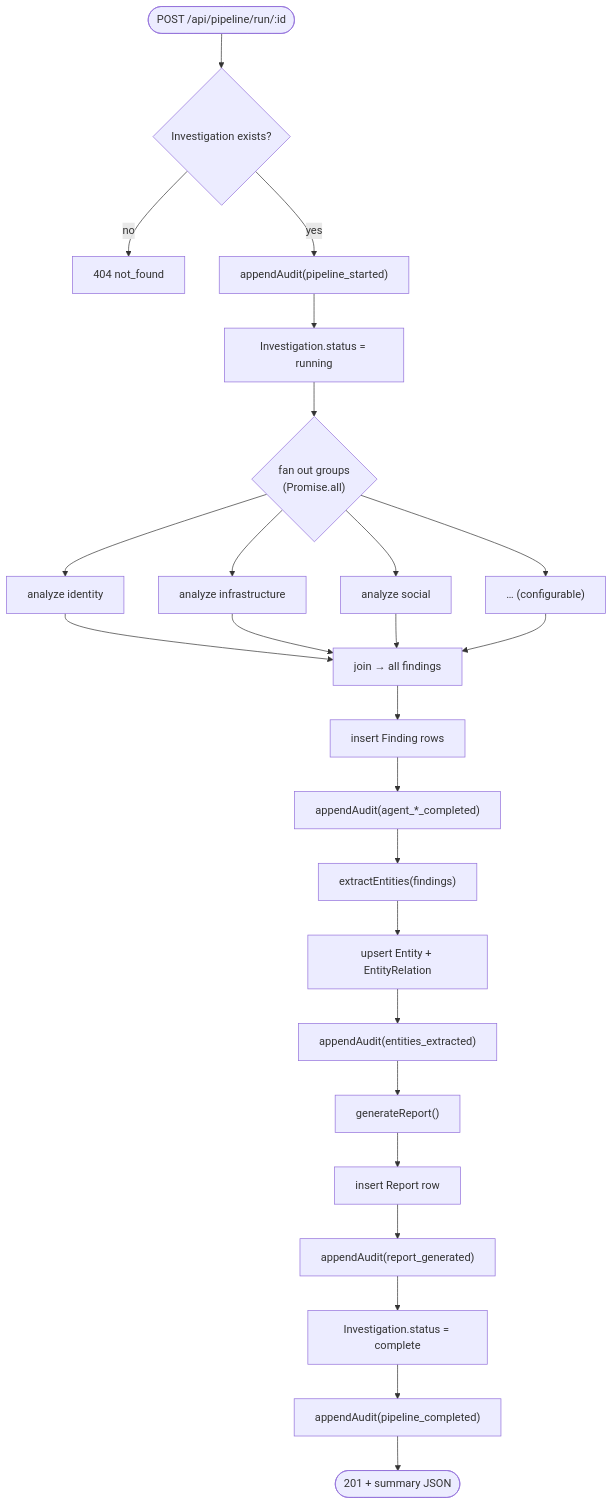
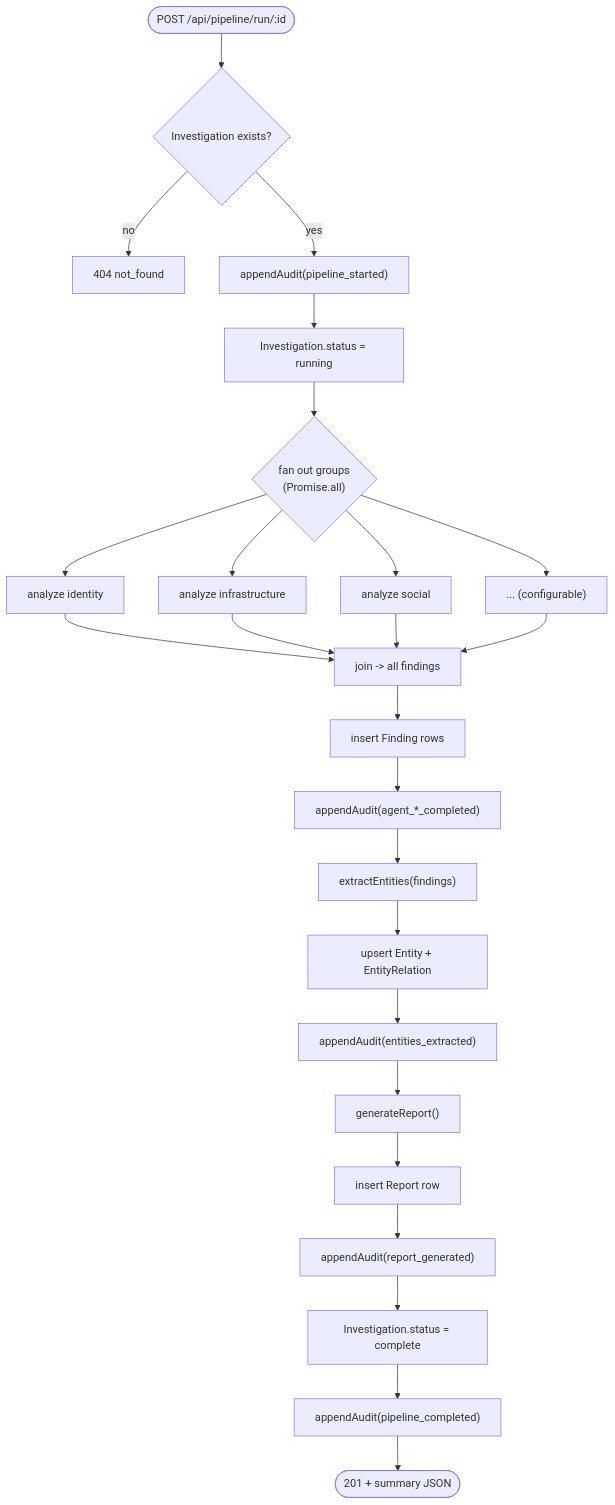
Before and after one commit to thunderstornX/forenix-oss: the third of 9 diagrams in docs/04-DFD.md, drawn with Mermaid. The commit also changed other lines of this file and 118 other files, not shown here.

````diff
--- a/docs/04-DFD.md
+++ b/docs/04-DFD.md
@@ -69,34 +69,34 @@
 ```mermaid
 flowchart TB
   Start([POST /api/pipeline/run/:id])
   Start --> S1{"Investigation exists?"}
   S1 -- no --> R404[404 not_found]
   S1 -- yes --> S2["appendAudit(pipeline_started)"]
   S2 --> S3["Investigation.status = running"]
 
   S3 --> Fan{"fan out groups<br/>(Promise.all)"}
   Fan --> A1["analyze identity"]
   Fan --> A2["analyze infrastructure"]
   Fan --> A3["analyze social"]
-  Fan --> An["… (configurable)"]
+  Fan --> An["... (configurable)"]
 
-  A1 --> J["join → all findings"]
+  A1 --> J["join -> all findings"]
   A2 --> J
   A3 --> J
   An --> J
 
   J --> S4["insert Finding rows"]
   S4 --> S5["appendAudit(agent_*_completed)"]
 
   S5 --> E1["extractEntities(findings)"]
   E1 --> E2["upsert Entity + EntityRelation"]
   E2 --> S6["appendAudit(entities_extracted)"]
 
   S6 --> R1["generateReport()"]
   R1 --> R2["insert Report row"]
   R2 --> S7["appendAudit(report_generated)"]
 
   S7 --> End["Investigation.status = complete"]
   End --> S8["appendAudit(pipeline_completed)"]
   S8 --> Out([201 + summary JSON])
 ```
````
